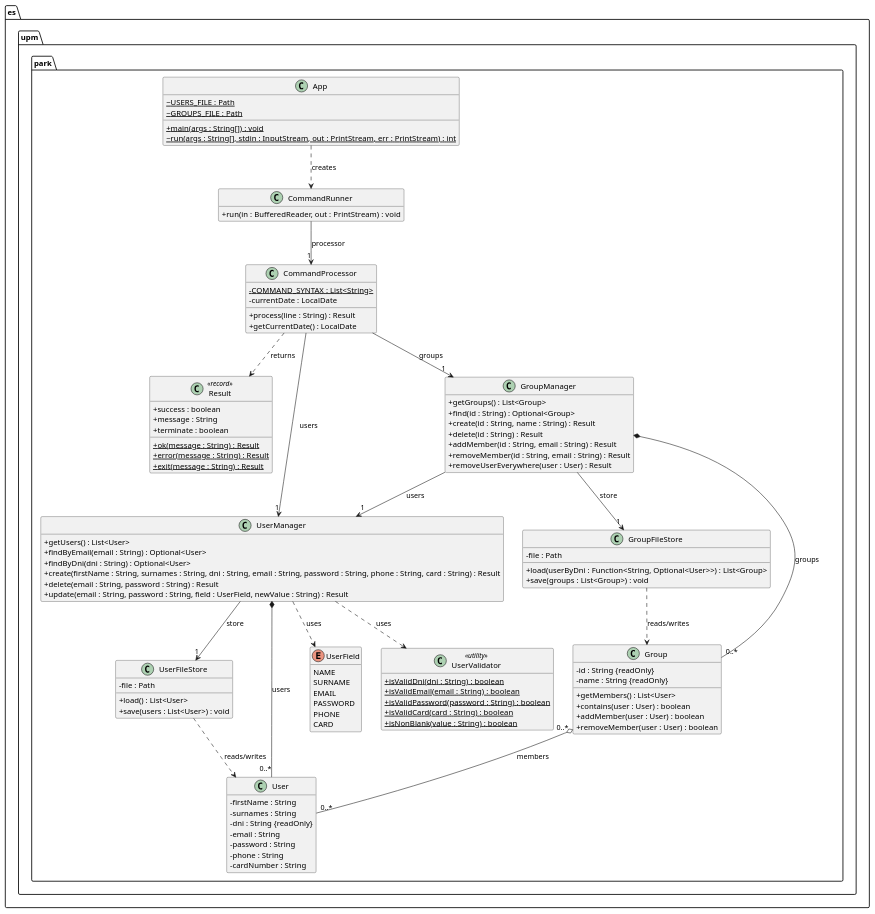
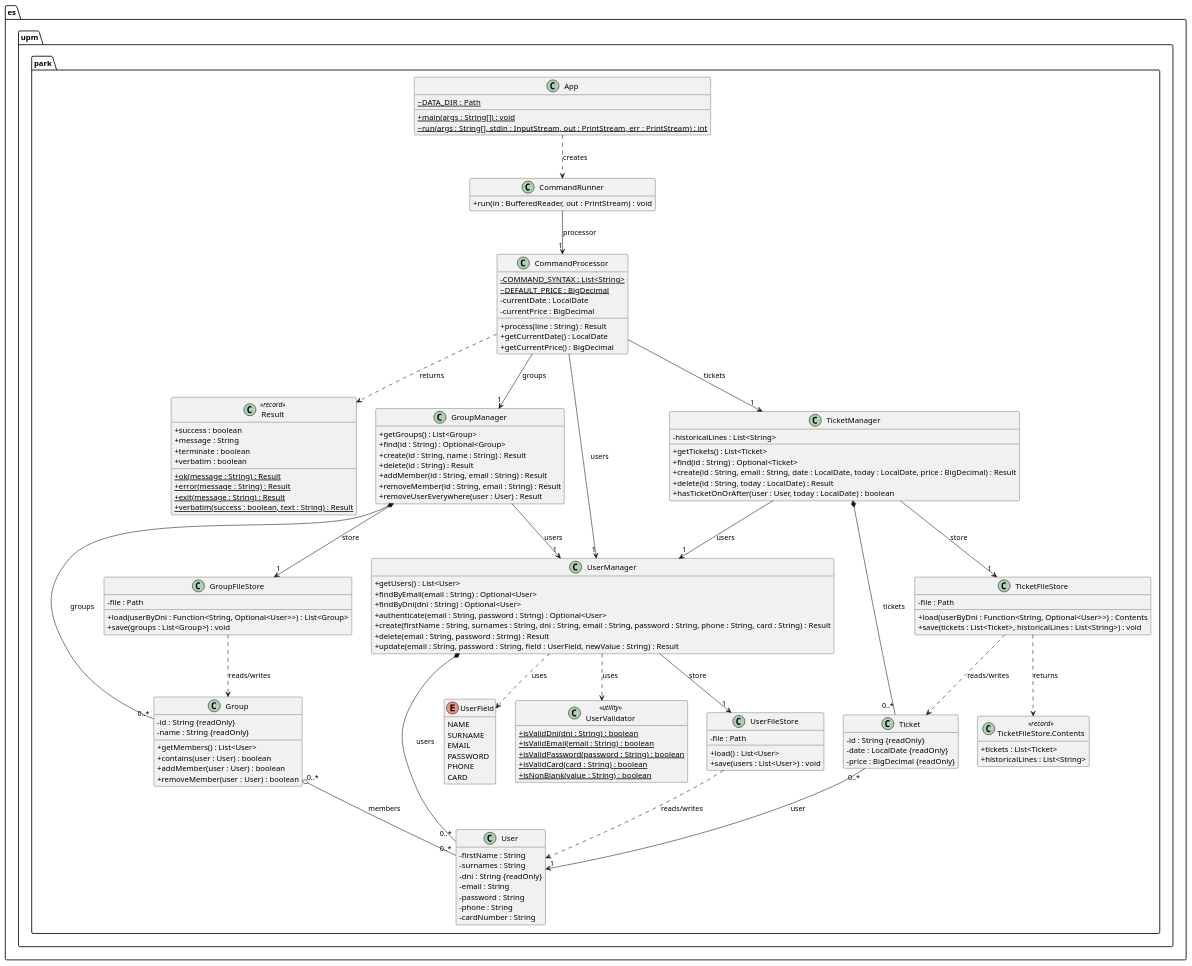
The diagram in uml/model.puml (skai-upm/caise27), drawn with PlantUML before and after one commit. The commit also changed 31 other files, not shown here.

```diff
--- a/uml/model.puml
+++ b/uml/model.puml
@@ -1,118 +1,156 @@
 @startuml model
 ' Class model of the amusement-park application (package es.upm.park).
 hide empty members
 skinparam classAttributeIconSize 0
 
 package es.upm.park {
 
   class App {
-    ~ {static} USERS_FILE : Path
-    ~ {static} GROUPS_FILE : Path
+    ~ {static} DATA_DIR : Path
     + {static} main(args : String[]) : void
     ~ {static} run(args : String[], stdin : InputStream, out : PrintStream, err : PrintStream) : int
   }
 
   class CommandRunner {
     + run(in : BufferedReader, out : PrintStream) : void
   }
 
   class CommandProcessor {
     - {static} COMMAND_SYNTAX : List<String>
+    ~ {static} DEFAULT_PRICE : BigDecimal
     - currentDate : LocalDate
+    - currentPrice : BigDecimal
     + process(line : String) : Result
     + getCurrentDate() : LocalDate
+    + getCurrentPrice() : BigDecimal
   }
 
   class Result <<record>> {
     + success : boolean
     + message : String
     + terminate : boolean
+    + verbatim : boolean
     + {static} ok(message : String) : Result
     + {static} error(message : String) : Result
     + {static} exit(message : String) : Result
+    + {static} verbatim(success : boolean, text : String) : Result
   }
 
   class UserManager {
     + getUsers() : List<User>
     + findByEmail(email : String) : Optional<User>
     + findByDni(dni : String) : Optional<User>
+    + authenticate(email : String, password : String) : Optional<User>
     + create(firstName : String, surnames : String, dni : String, email : String, password : String, phone : String, card : String) : Result
     + delete(email : String, password : String) : Result
     + update(email : String, password : String, field : UserField, newValue : String) : Result
   }
 
   class UserFileStore {
     - file : Path
     + load() : List<User>
     + save(users : List<User>) : void
   }
 
   class User {
     - firstName : String
     - surnames : String
     - dni : String {readOnly}
     - email : String
     - password : String
     - phone : String
     - cardNumber : String
   }
 
   enum UserField {
     NAME
     SURNAME
     EMAIL
     PASSWORD
     PHONE
     CARD
   }
 
   class UserValidator <<utility>> {
     + {static} isValidDni(dni : String) : boolean
     + {static} isValidEmail(email : String) : boolean
     + {static} isValidPassword(password : String) : boolean
     + {static} isValidCard(card : String) : boolean
     + {static} isNonBlank(value : String) : boolean
   }
 
   class GroupManager {
     + getGroups() : List<Group>
     + find(id : String) : Optional<Group>
     + create(id : String, name : String) : Result
     + delete(id : String) : Result
     + addMember(id : String, email : String) : Result
     + removeMember(id : String, email : String) : Result
     + removeUserEverywhere(user : User) : Result
   }
 
   class GroupFileStore {
     - file : Path
     + load(userByDni : Function<String, Optional<User>>) : List<Group>
     + save(groups : List<Group>) : void
   }
 
   class Group {
     - id : String {readOnly}
     - name : String {readOnly}
     + getMembers() : List<User>
     + contains(user : User) : boolean
     + addMember(user : User) : boolean
     + removeMember(user : User) : boolean
   }
+
+  class TicketManager {
+    - historicalLines : List<String>
+    + getTickets() : List<Ticket>
+    + find(id : String) : Optional<Ticket>
+    + create(id : String, email : String, date : LocalDate, today : LocalDate, price : BigDecimal) : Result
+    + delete(id : String, today : LocalDate) : Result
+    + hasTicketOnOrAfter(user : User, today : LocalDate) : boolean
+  }
+
+  class TicketFileStore {
+    - file : Path
+    + load(userByDni : Function<String, Optional<User>>) : Contents
+    + save(tickets : List<Ticket>, historicalLines : List<String>) : void
+  }
+
+  class "TicketFileStore.Contents" as TicketContents <<record>> {
+    + tickets : List<Ticket>
+    + historicalLines : List<String>
+  }
+
+  class Ticket {
+    - id : String {readOnly}
+    - date : LocalDate {readOnly}
+    - price : BigDecimal {readOnly}
+  }
 }
 
 App ..> CommandRunner : creates
 CommandRunner --> "1" CommandProcessor : processor
 CommandProcessor --> "1" UserManager : users
 CommandProcessor --> "1" GroupManager : groups
+CommandProcessor --> "1" TicketManager : tickets
 CommandProcessor ..> Result : returns
 UserManager --> "1" UserFileStore : store
 UserManager *-- "0..*" User : users
 UserManager ..> UserValidator : uses
 UserManager ..> UserField : uses
 GroupManager --> "1" GroupFileStore : store
 GroupManager --> "1" UserManager : users
 GroupManager *-- "0..*" Group : groups
 Group "0..*" o-- "0..*" User : members
+TicketManager --> "1" TicketFileStore : store
+TicketManager --> "1" UserManager : users
+TicketManager *-- "0..*" Ticket : tickets
+Ticket "0..*" --> "1" User : user
+TicketFileStore ..> TicketContents : returns
+TicketFileStore ..> Ticket : reads/writes
 UserFileStore ..> User : reads/writes
 GroupFileStore ..> Group : reads/writes
 @enduml
```
